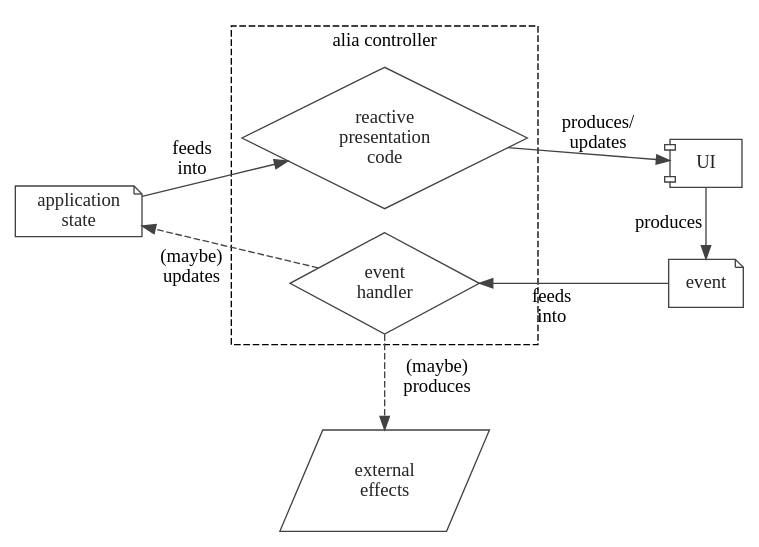
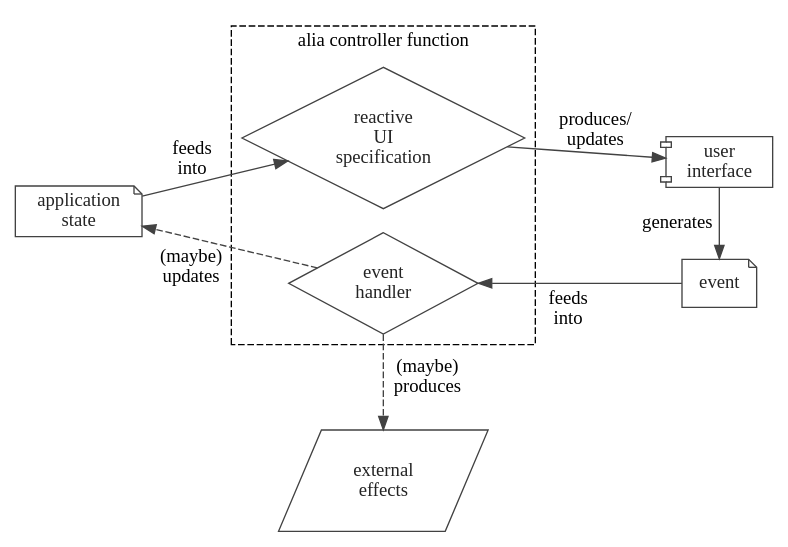
Before and after one commit to alialib/alia: the diagram in docs/reactive-flow.dot, drawn with Graphviz. The commit also changed 3 other files, not shown here.

Commit message:
Document flow basics.

```diff
--- a/docs/reactive-flow.dot
+++ b/docs/reactive-flow.dot
@@ -1,44 +1,45 @@
 digraph flow {
 
 compound=true;
 newrank=true;
 
 rankdir="LR";
 
 edge[color="#424242"];
 node[color="#424242", fontcolor="#242424"];
 
 state [label="application\nstate", shape=note]
 
 subgraph cluster_controller {
-    label="alia controller"; style=dashed;
-    reactive_code [label="reactive\npresentation\ncode", shape=diamond];
+    label="alia controller function"; style=dashed;
+    reactive_code [label="reactive\nUI\nspecification", shape=diamond];
     event_handler [label="event\nhandler", shape=diamond];
 }
 
-ui [label="UI", shape=component]
+ui [label="user\ninterface", shape=component]
 
 event [label="event", shape=note]
 
 effects [label="external\neffects", shape=parallelogram]
 
 state -> reactive_code [label="feeds\ninto"]
 
 reactive_code -> ui [label="produces/\nupdates"]
 
-ui -> event [label="produces          "]
+ui -> event [label="generates            "]
 
-event -> event_handler [headlabel="feeds\ninto", labeldistance=5.7, labelangle=-18]
+event -> event_handler
+[headlabel="feeds\ninto", labeldistance=7, labelangle=-16]
 
 event_handler -> state [xlabel="(maybe)\nupdates", style=dashed]
 
 event_handler -> effects
-[xlabel="\n  (maybe)\n  produces", style=dashed, minlen=2]
+[xlabel="\n(maybe)\nproduces", style=dashed, minlen=2]
 
 event -> effects [style=invis]
 
 {rank = same; reactive_code; event_handler; effects;}
 
 {rank = same; ui; event;}
 
 }
```
